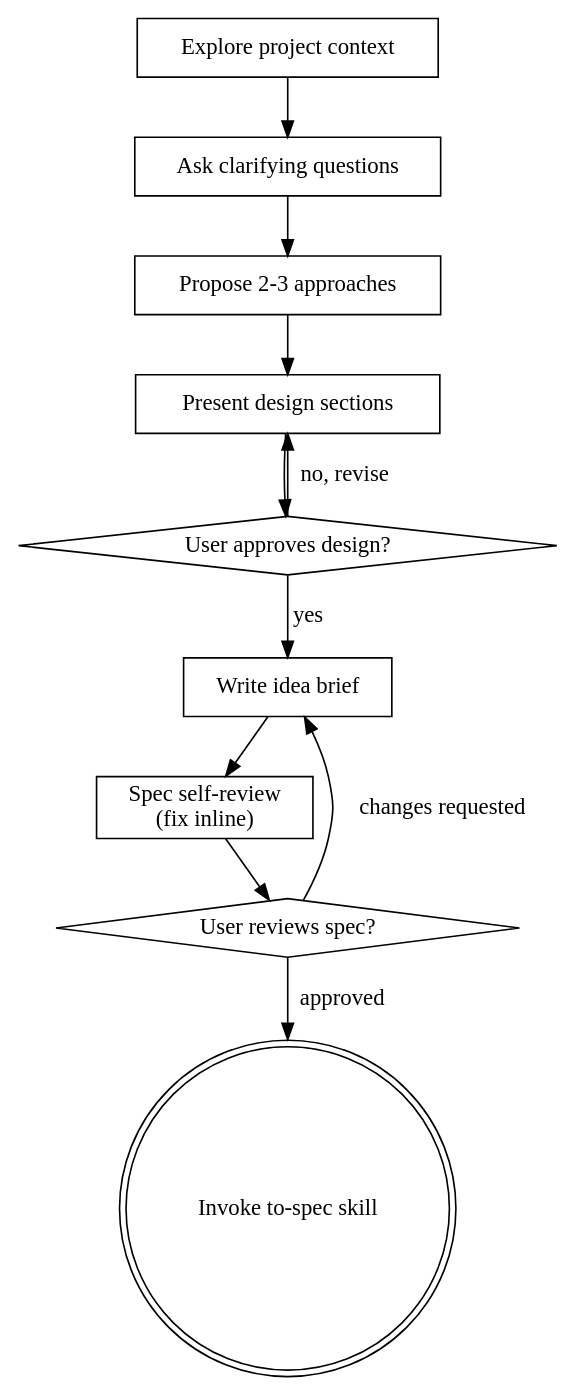
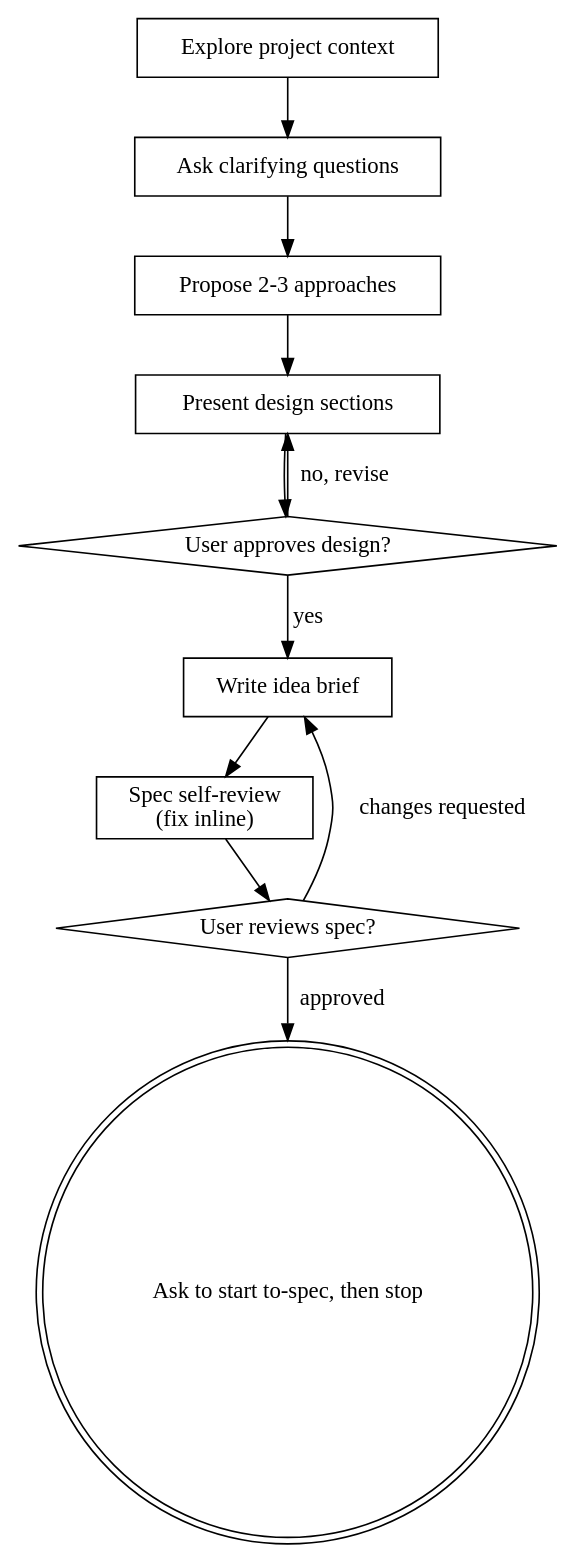
Before and after one commit to DaniManas/ForgeFlow: the diagram in plugins/forgeflow/skills/brainstorming/SKILL.md, drawn with Graphviz. The commit also changed other lines of this file and 23 other files, not shown here.

````diff
--- a/plugins/forgeflow/skills/brainstorming/SKILL.md
+++ b/plugins/forgeflow/skills/brainstorming/SKILL.md
@@ -36,24 +36,24 @@
 ```dot
 digraph brainstorming {
     "Explore project context" [shape=box];
     "Ask clarifying questions" [shape=box];
     "Propose 2-3 approaches" [shape=box];
     "Present design sections" [shape=box];
     "User approves design?" [shape=diamond];
     "Write idea brief" [shape=box];
     "Spec self-review\n(fix inline)" [shape=box];
     "User reviews spec?" [shape=diamond];
-    "Invoke to-spec skill" [shape=doublecircle];
+    "Ask to start to-spec, then stop" [shape=doublecircle];
 
     "Explore project context" -> "Ask clarifying questions";
     "Ask clarifying questions" -> "Propose 2-3 approaches";
     "Propose 2-3 approaches" -> "Present design sections";
     "Present design sections" -> "User approves design?";
     "User approves design?" -> "Present design sections" [label="no, revise"];
     "User approves design?" -> "Write idea brief" [label="yes"];
     "Write idea brief" -> "Spec self-review\n(fix inline)";
     "Spec self-review\n(fix inline)" -> "User reviews spec?";
     "User reviews spec?" -> "Write idea brief" [label="changes requested"];
-    "User reviews spec?" -> "Invoke to-spec skill" [label="approved"];
+    "User reviews spec?" -> "Ask to start to-spec, then stop" [label="approved"];
 }
 ```
````
